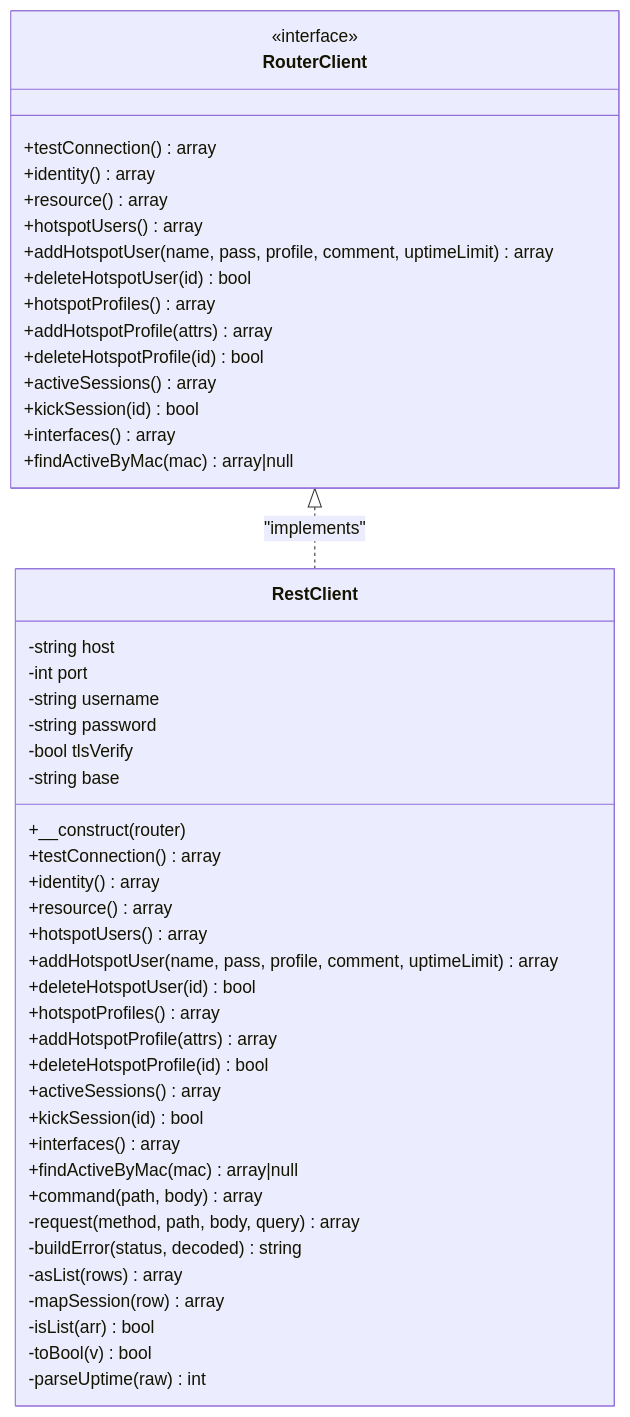
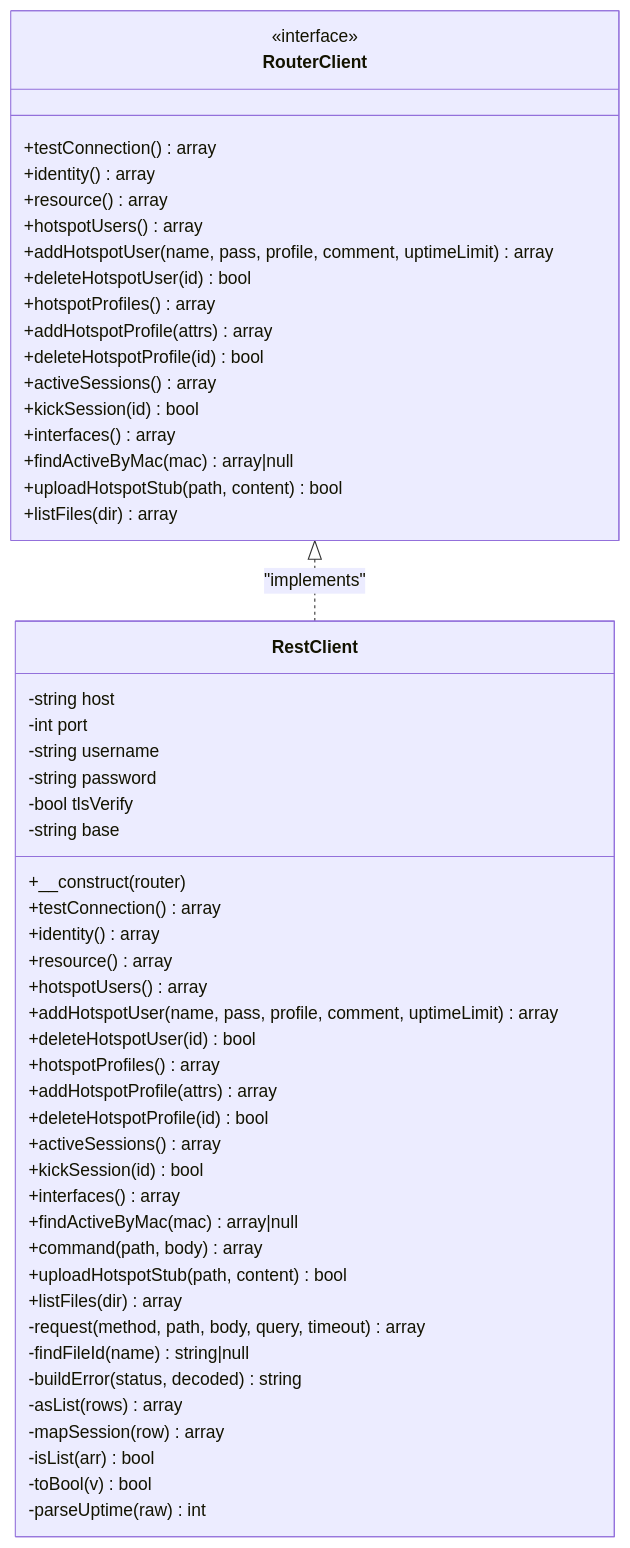
One commit to Djnirds1984/MT-CONTROLLER-PISOWIFI changed the third of 6 diagrams in .qoder/repowiki/en/content/RouterOS Integration/REST API Client.md. Above: the diagram before and after it, drawn with Mermaid. The commit also changed other lines of this file and 45 other files, not shown here.

````diff
--- a/.qoder/repowiki/en/content/RouterOS Integration/REST API Client.md
+++ b/.qoder/repowiki/en/content/RouterOS Integration/REST API Client.md
@@ -142,50 +158,55 @@
 ```mermaid
 classDiagram
 class RouterClient {
 <<interface>>
 +testConnection() array
 +identity() array
 +resource() array
 +hotspotUsers() array
 +addHotspotUser(name, pass, profile, comment, uptimeLimit) array
 +deleteHotspotUser(id) bool
 +hotspotProfiles() array
 +addHotspotProfile(attrs) array
 +deleteHotspotProfile(id) bool
 +activeSessions() array
 +kickSession(id) bool
 +interfaces() array
 +findActiveByMac(mac) array|null
++uploadHotspotStub(path, content) bool
++listFiles(dir) array
 }
 class RestClient {
 -string host
 -int port
 -string username
 -string password
 -bool tlsVerify
 -string base
 +__construct(router)
 +testConnection() array
 +identity() array
 +resource() array
 +hotspotUsers() array
 +addHotspotUser(name, pass, profile, comment, uptimeLimit) array
 +deleteHotspotUser(id) bool
 +hotspotProfiles() array
 +addHotspotProfile(attrs) array
 +deleteHotspotProfile(id) bool
 +activeSessions() array
 +kickSession(id) bool
 +interfaces() array
 +findActiveByMac(mac) array|null
 +command(path, body) array
--request(method, path, body, query) array
++uploadHotspotStub(path, content) bool
++listFiles(dir) array
+-request(method, path, body, query, timeout) array
+-findFileId(name) string|null
 -buildError(status, decoded) string
 -asList(rows) array
 -mapSession(row) array
 -isList(arr) bool
 -toBool(v) bool
 -parseUptime(raw) int
 }
 RouterClient <|.. RestClient : "implements"
 ```
````
